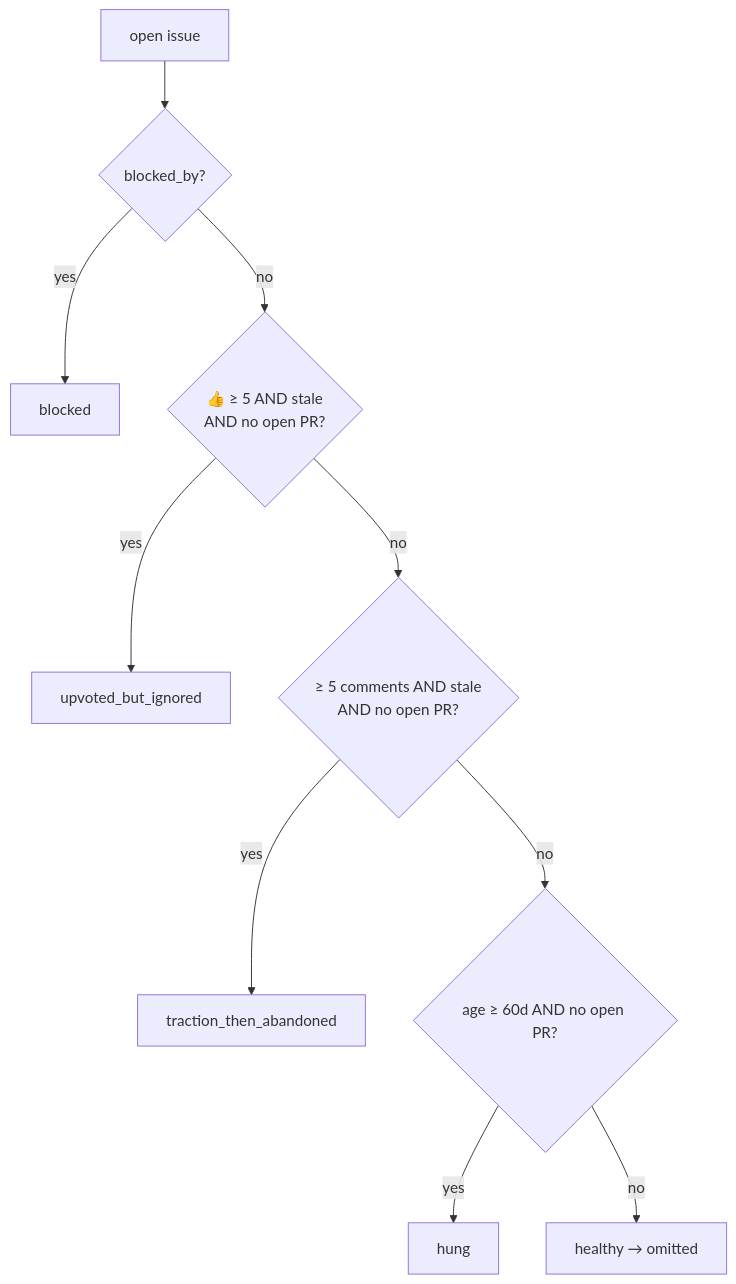
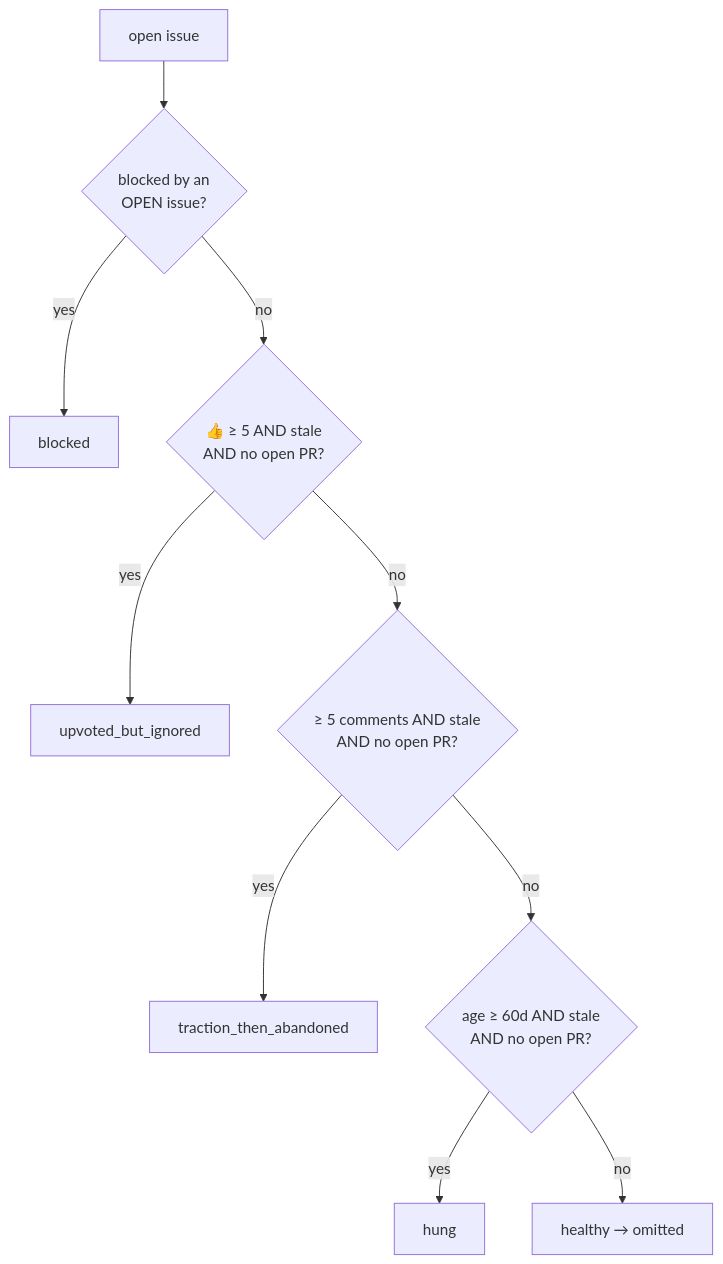
Before and after one commit to DamianFlynn/experiments: the sixth of 7 diagrams in .claude/skills/activity-overview/ARCHITECTURE.md, drawn with Mermaid. The commit also changed 7 other files, not shown here.

First line of the commit message:
activity-overview flow: count only open blockers; hung requires staleness

````diff
--- a/.claude/skills/activity-overview/ARCHITECTURE.md
+++ b/.claude/skills/activity-overview/ARCHITECTURE.md
@@ -463,12 +463,12 @@
 ```mermaid
 flowchart TB
-  open[open issue] --> b{blocked_by?}
+  open[open issue] --> b{blocked by an<br/>OPEN issue?}
   b -- yes --> BL[blocked]
   b -- no --> u{👍 ≥ 5 AND stale<br/>AND no open PR?}
   u -- yes --> UP[upvoted_but_ignored]
   u -- no --> t{≥ 5 comments AND stale<br/>AND no open PR?}
   t -- yes --> TR[traction_then_abandoned]
-  t -- no --> h{age ≥ 60d AND no open PR?}
+  t -- no --> h{age ≥ 60d AND stale<br/>AND no open PR?}
   h -- yes --> HU[hung]
   h -- no --> HE[healthy → omitted]
 ```
````
